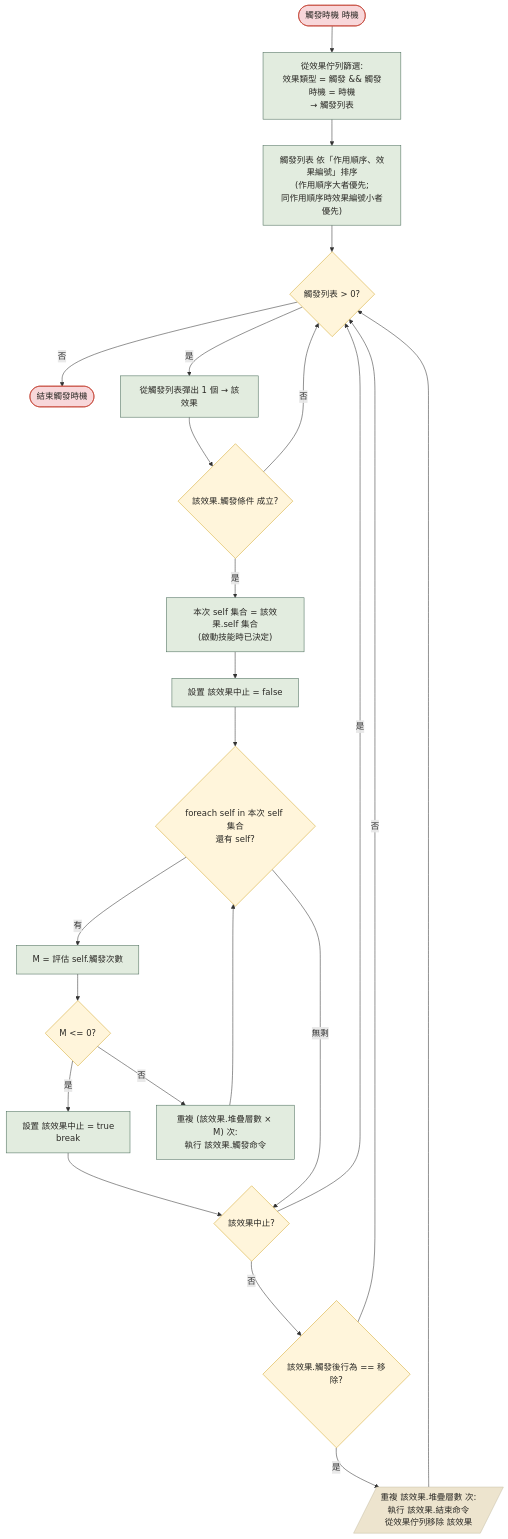
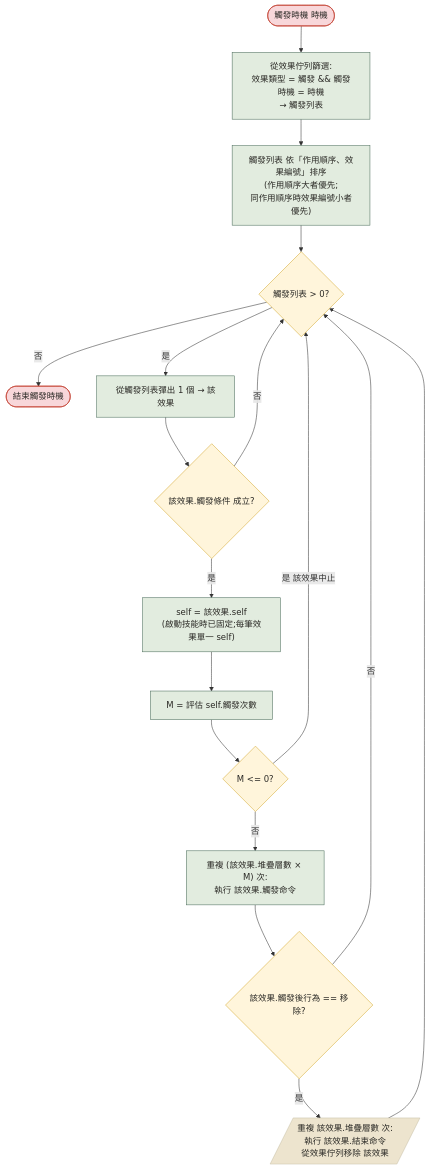
One commit to yinweli/RovingDiner changed the diagram in doc/build-html/mermaid/flow-sub-trigger.mmd. Above: the diagram before and after it, drawn with Mermaid. The commit also changed 2 other files, not shown here.

Commit message:
Doc | 觸發時機改 per-self：佇列每筆效果僅對應單一 self
【二十、獨立流程｜觸發時機】原以「self 集合 + foreach + 該效果中止 break」
描述，與【五、實例結構｜效果（Effect）實例】的單一 self 物件矛盾，且與
堆疊處理「效果編號相同 && self 對象相同」的 per-(effectID, self) keying 不一致。
回收為單一 self（啟動技能時已固定），同步 flow-sub-trigger.mmd 與重建 HTML。
啟動技能的「本次 self 集合」為多目標選取結果、本就 per-self 套用堆疊處理，不變。

```diff
--- a/doc/build-html/mermaid/flow-sub-trigger.mmd
+++ b/doc/build-html/mermaid/flow-sub-trigger.mmd
@@ -1,33 +1,26 @@
 flowchart TD
     Start([觸發時機 時機]) --> A0["從效果佇列篩選:<br/>效果類型 = 觸發 && 觸發時機 = 時機<br/>→ 觸發列表"]
     A0 --> A1["觸發列表 依「作用順序、效果編號」排序<br/>(作用順序大者優先;<br/>同作用順序時效果編號小者優先)"]
     A1 --> B1{"觸發列表 > 0?"}
     B1 -->|否| End([結束觸發時機])
     B1 -->|是| A2["從觸發列表彈出 1 個 → 該效果"]
     A2 --> B2{"該效果.觸發條件 成立?"}
     B2 -->|否| B1
-    B2 -->|是| A5["本次 self 集合 = 該效果.self 集合<br/>(啟動技能時已決定)"]
-
-    A5 --> A6["設置 該效果中止 = false"]
-    A6 --> B4{"foreach self in 本次 self 集合<br/>還有 self?"}
-    B4 -->|有| A7["M = 評估 self.觸發次數"]
-    A7 --> B5{"M <= 0?"}
-    B5 -->|是| A8["設置 該效果中止 = true<br/>break"]
-    A8 --> B6
+    B2 -->|是| A5["self = 該效果.self<br/>(啟動技能時已固定;每筆效果單一 self)"]
+    A5 --> A6["M = 評估 self.觸發次數"]
+    A6 --> B5{"M <= 0?"}
+    B5 -->|是 該效果中止| B1
     B5 -->|否| A9["重複 (該效果.堆疊層數 × M) 次:<br/>執行 該效果.觸發命令"]
-    A9 --> B4
-    B4 -->|無剩| B6{"該效果中止?"}
-    B6 -->|是| B1
-    B6 -->|否| B7{"該效果.觸發後行為 == 移除?"}
+    A9 --> B7{"該效果.觸發後行為 == 移除?"}
     B7 -->|是| C1[/"重複 該效果.堆疊層數 次:<br/>執行 該效果.結束命令<br/>從效果佇列移除 該效果"/]
     C1 --> B1
     B7 -->|否| B1
 
     class Start,End terminal
-    class A0,A1,A2,A5,A6,A7,A8,A9 action
-    class B1,B2,B4,B5,B6,B7 decision
+    class A0,A1,A2,A5,A6,A9 action
+    class B1,B2,B5,B7 decision
     class C1 cleanup
     classDef action fill:#e2ecdf,stroke:#4a6c5a,color:#2b2a26
     classDef cleanup fill:#ede4ce,stroke:#c9c0a8,color:#2b2a26
     classDef decision fill:#fff5db,stroke:#d4a72c,color:#2b2a26
     classDef terminal fill:#f8d7da,stroke:#c0392b,color:#2b2a26
```
